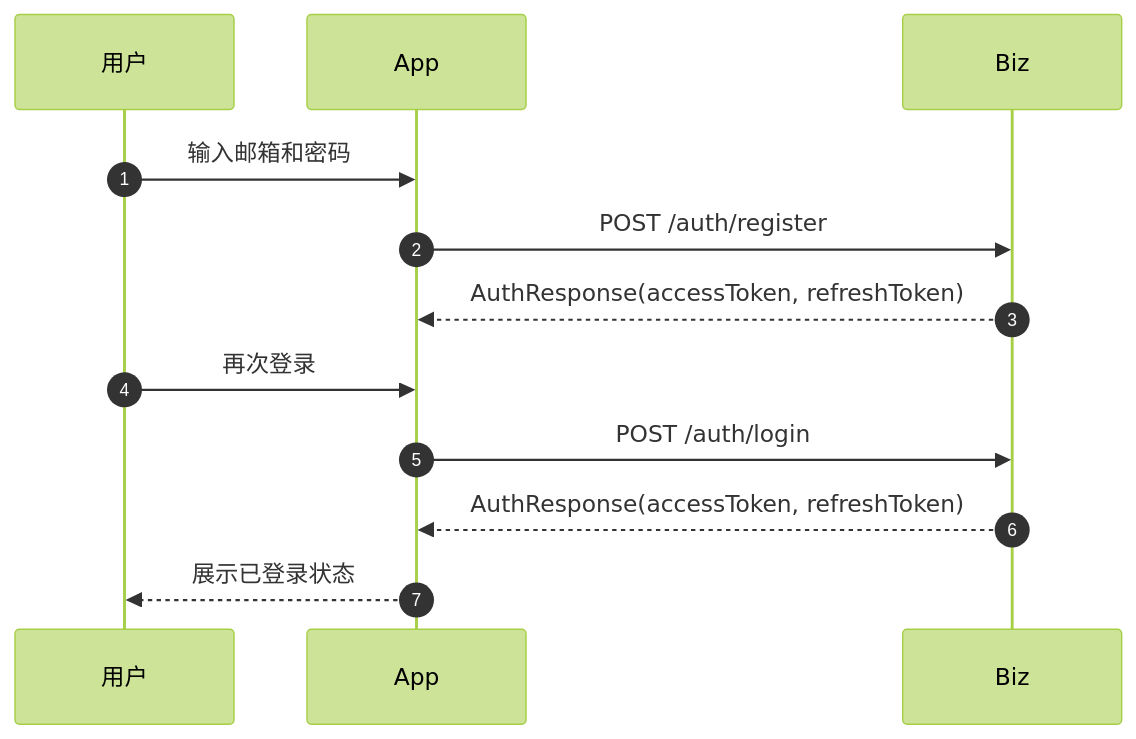
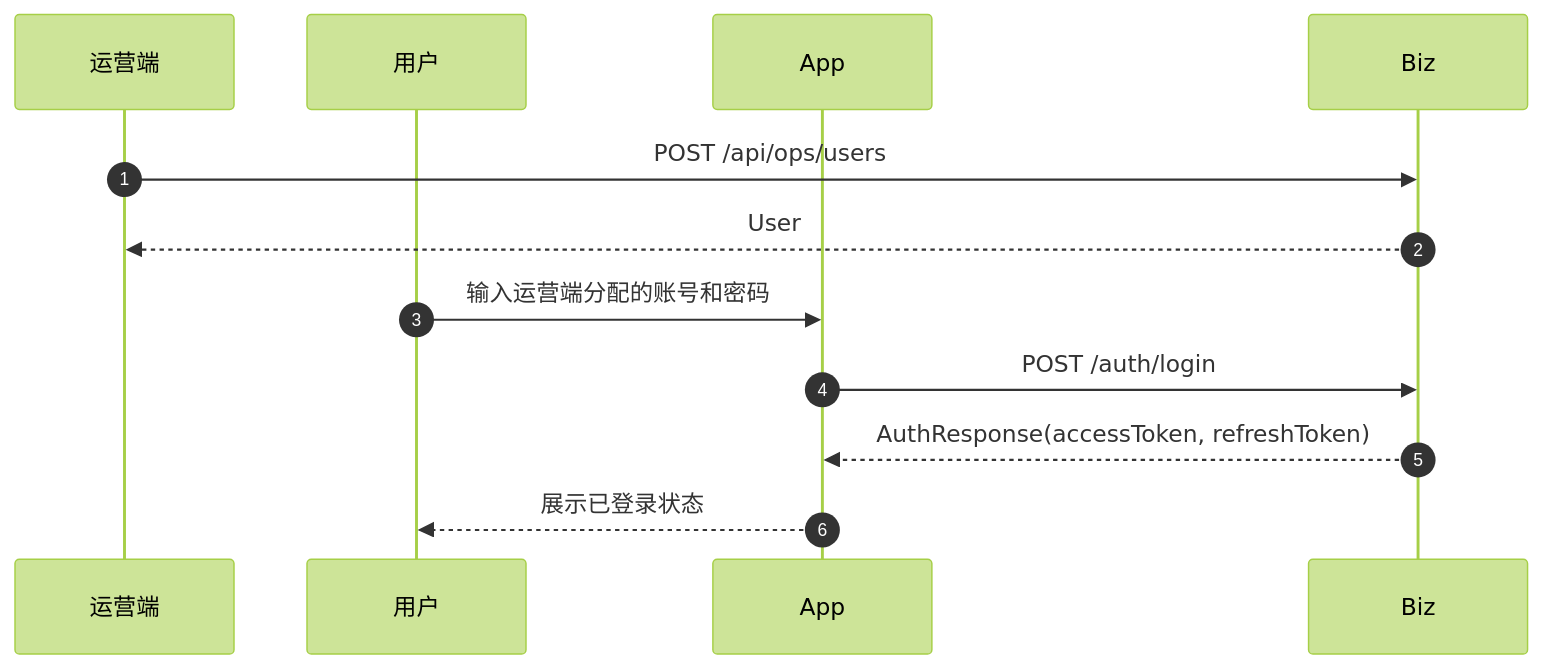
The first of 11 diagrams in docs/architecture/sequence-diagrams.md (thorli9527/slan), drawn with Mermaid (forest theme) before and after one commit. The commit also changed other lines of this file and 377 other files, not shown here.

Commit message:
refactor: consolidate management into ops and restore app api

````diff
--- a/docs/architecture/sequence-diagrams.md
+++ b/docs/architecture/sequence-diagrams.md
@@ -18,16 +18,15 @@
 ```mermaid
 sequenceDiagram
     autonumber
+    participant Ops as 运营端
     participant User as 用户
     participant App as App
     participant Biz as Biz
 
-    User->>App: 输入邮箱和密码
-    App->>Biz: POST /auth/register
-    Biz-->>App: AuthResponse(accessToken, refreshToken)
-
-    User->>App: 再次登录
+    Ops->>Biz: POST /api/ops/users
+    Biz-->>Ops: User
+    User->>App: 输入运营端分配的账号和密码
     App->>Biz: POST /auth/login
     Biz-->>App: AuthResponse(accessToken, refreshToken)
     App-->>User: 展示已登录状态
 ```
````
